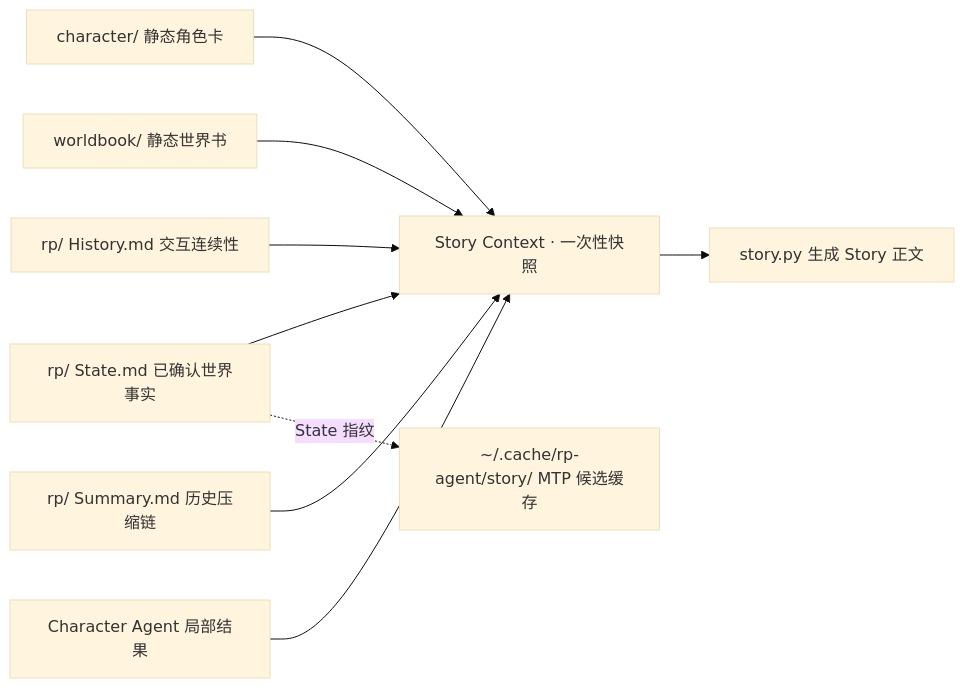
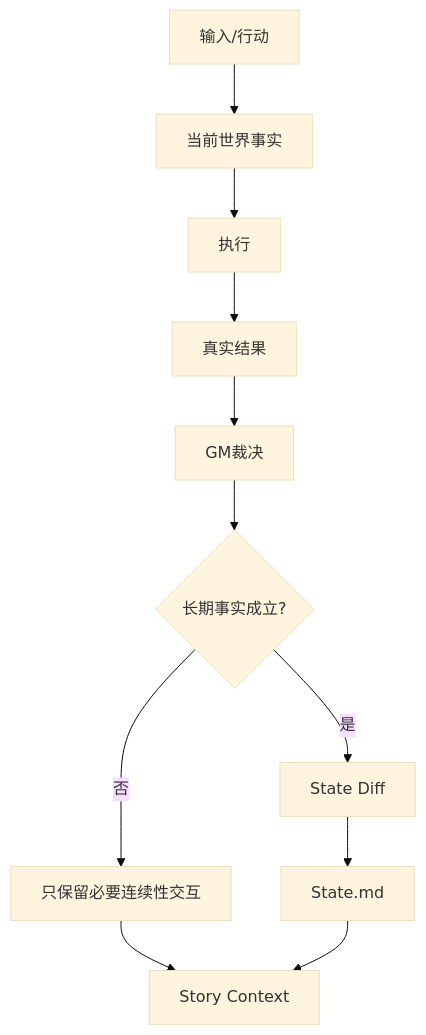
The fourth of 19 diagrams in README.md (Xiyinnnnnn/RP-agent), drawn with Mermaid (base theme) before and after one commit. The commit also changed other lines of this file, not shown here.

````diff
--- a/README.md
+++ b/README.md
@@ -48,11 +175,13 @@
 ```mermaid
-flowchart LR
-    CA[character/ 静态角色卡] --> CX[Story Context · 一次性快照]
-    WA[worldbook/ 静态世界书] --> CX
-    S[rp/ State.md 已确认世界事实] --> CX
-    H[rp/ History.md 交互连续性] --> CX
-    SM[rp/ Summary.md 历史压缩链] --> CX
-    SUB[Character Agent 局部结果] --> CX
-    CX --> ST[story.py 生成 Story 正文]
-    S -. State 指纹 .-> MC[~/.cache/rp-agent/story/ MTP 候选缓存]
+flowchart TB
+    A[输入/行动] --> B[当前世界事实]
+    B --> C[执行]
+    C --> D[真实结果]
+    D --> E[GM裁决]
+    E --> F{长期事实成立?}
+    F -->|否| G[只保留必要连续性交互]
+    F -->|是| H[State Diff]
+    H --> I[State.md]
+    G --> J[Story Context]
+    I --> J
 ```
````
